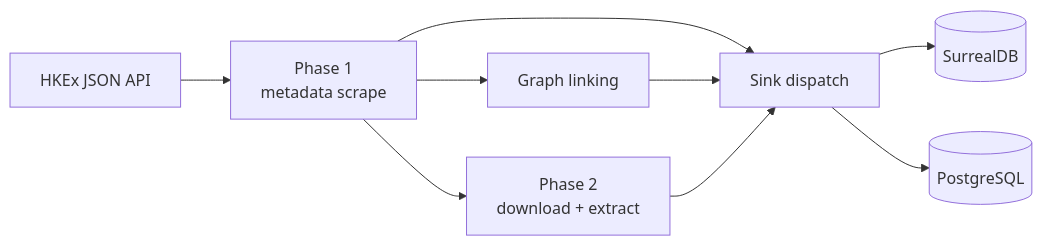
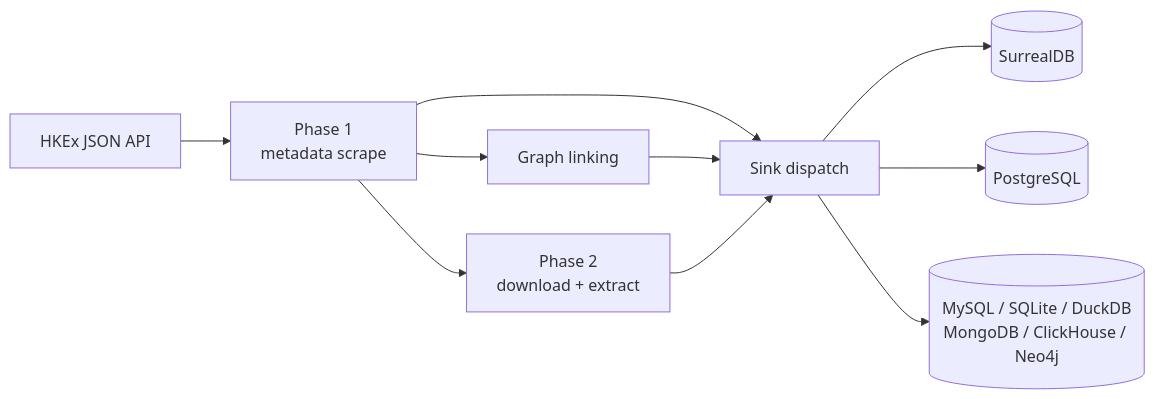
The first of 2 diagrams in docs/architecture.md (simonplmak-cloud/hkex-filing-scraper), drawn with Mermaid before and after one commit. The commit also changed other lines of this file and 31 other files, not shown here.

````diff
--- a/docs/architecture.md
+++ b/docs/architecture.md
@@ -5,11 +5,12 @@
 ```mermaid
 flowchart LR
     A[HKEx JSON API] --> B[Phase 1<br/>metadata scrape]
     B --> C[Sink dispatch]
     C --> S[(SurrealDB)]
     C --> P[(PostgreSQL)]
+    C --> X[(MySQL / SQLite / DuckDB<br/>MongoDB / ClickHouse / Neo4j)]
     B --> G[Graph linking]
     G --> C
     B --> D[Phase 2<br/>download + extract]
     D --> C
 ```
````
